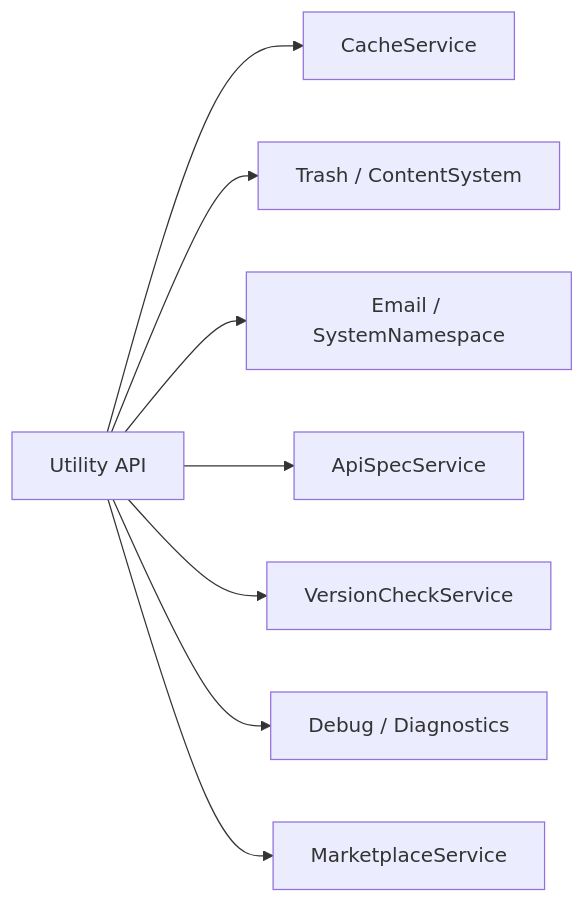
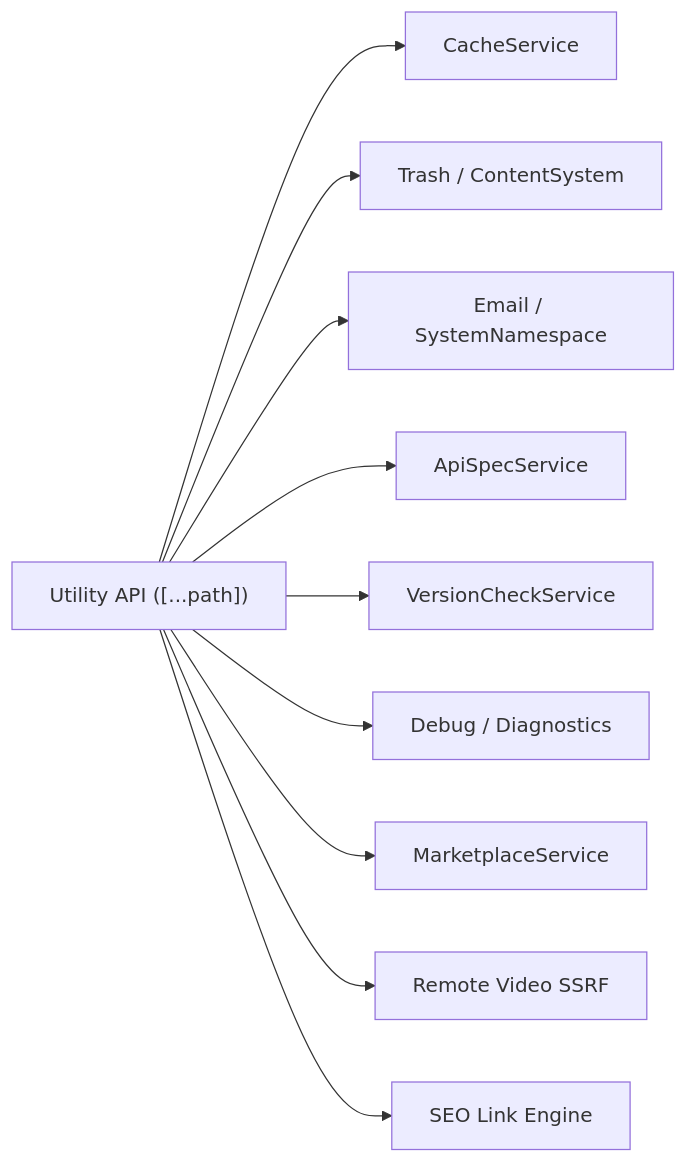
One commit to SveltyCMS/SveltyCMS changed the diagram in docs/reference/api/utility.mdx. Above: the diagram before and after it, drawn with Mermaid. The commit also changed other lines of this file and 71 other files, not shown here.

````diff
--- a/docs/reference/api/utility.mdx
+++ b/docs/reference/api/utility.mdx
@@ -185,10 +246,12 @@
 ```mermaid
 graph LR
-    A[Utility API] --> B[CacheService]
-    A --> C[Trash / ContentSystem]
-    A --> D[Email / SystemNamespace]
+    A["Utility API ([...path])"] --> B[CacheService]
+    A --> C["Trash / ContentSystem"]
+    A --> D["Email / SystemNamespace"]
     A --> E[ApiSpecService]
     A --> F[VersionCheckService]
     A --> G[Debug / Diagnostics]
     A --> H[MarketplaceService]
+    A --> I[Remote Video SSRF]
+    A --> J[SEO Link Engine]
 ```
````
